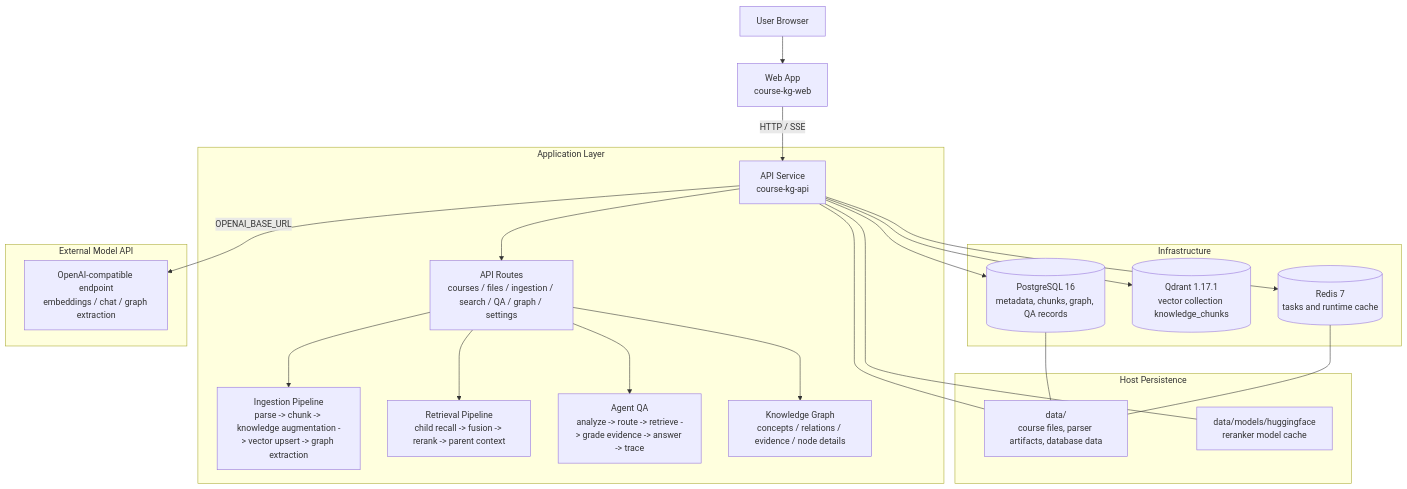
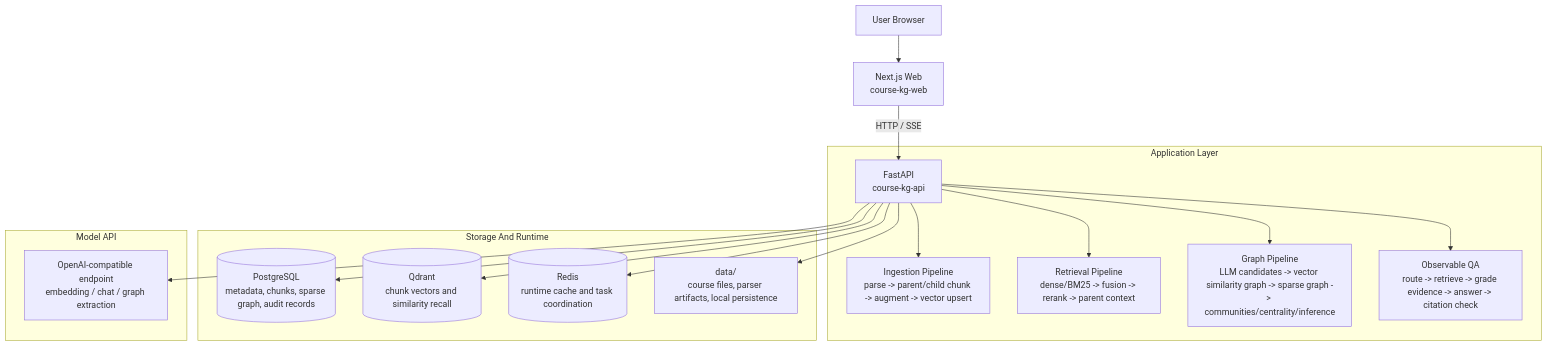
Before and after one commit to Sggggt/DialoGraph: the first of 5 diagrams in README.en.md, drawn with Mermaid. The commit also changed other lines of this file and 38 other files, not shown here.

Commit message:
v4.0: 图谱生成重要升级，主要引入了RNN+KNN新型构图算法和社区分析

````diff
--- a/README.en.md
+++ b/README.en.md
@@ -46,37 +60,29 @@
 ```mermaid
 flowchart TB
-    USER["User Browser"] --> WEB["Web App<br/>course-kg-web"]
-    WEB -->|"HTTP / SSE"| API["API Service<br/>course-kg-api"]
+    USER["User Browser"] --> WEB["Next.js Web<br/>course-kg-web"]
+    WEB -->|"HTTP / SSE"| API["FastAPI<br/>course-kg-api"]
 
     subgraph APP["Application Layer"]
-        API --> ROUTES["API Routes<br/>courses / files / ingestion / search / QA / graph / settings"]
-        ROUTES --> INGEST["Ingestion Pipeline<br/>parse -> chunk -> knowledge augmentation -> vector upsert -> graph extraction"]
-        ROUTES --> SEARCH["Retrieval Pipeline<br/>child recall -> fusion -> rerank -> parent context"]
-        ROUTES --> AGENT["Agent QA<br/>analyze -> route -> retrieve -> grade evidence -> answer -> trace"]
-        ROUTES --> GRAPH["Knowledge Graph<br/>concepts / relations / evidence / node details"]
+        API --> INGEST["Ingestion Pipeline<br/>parse -> parent/child chunk -> augment -> vector upsert"]
+        API --> RETRIEVAL["Retrieval Pipeline<br/>dense/BM25 -> fusion -> rerank -> parent context"]
+        API --> GRAPH["Graph Pipeline<br/>LLM candidates -> vector similarity graph -> sparse graph -> communities/centrality/inference"]
+        API --> QA["Observable QA<br/>route -> retrieve -> grade evidence -> answer -> citation check"]
     end
 
-    subgraph INFRA["Infrastructure"]
-        POSTGRES[("PostgreSQL 16<br/>metadata, chunks, graph, QA records")]
-        QDRANT[("Qdrant 1.17.1<br/>vector collection knowledge_chunks")]
-        REDIS[("Redis 7<br/>tasks and runtime cache")]
+    subgraph STORE["Storage And Runtime"]
+        PG[("PostgreSQL<br/>metadata, chunks, sparse graph, audit records")]
+        QD[("Qdrant<br/>chunk vectors and similarity recall")]
+        RD[("Redis<br/>runtime cache and task coordination")]
+        FS["data/<br/>course files, parser artifacts, local persistence"]
     end
 
-    subgraph STORAGE["Host Persistence"]
-        DATA["data/<br/>course files, parser artifacts, database data"]
-        MODEL_CACHE["data/models/huggingface<br/>reranker model cache"]
+    subgraph MODEL["Model API"]
+        LLM["OpenAI-compatible endpoint<br/>embedding / chat / graph extraction"]
     end
 
-    subgraph MODEL["External Model API"]
-        LLM["OpenAI-compatible endpoint<br/>embeddings / chat / graph extraction"]
-    end
-
-    API --> POSTGRES
-    API --> QDRANT
-    API --> REDIS
-    API -->|"OPENAI_BASE_URL"| LLM
-    API --- DATA
-    API --- MODEL_CACHE
-    POSTGRES --- DATA
-    REDIS --- DATA
+    API --> PG
+    API --> QD
+    API --> RD
+    API --> FS
+    API --> LLM
 ```
````
